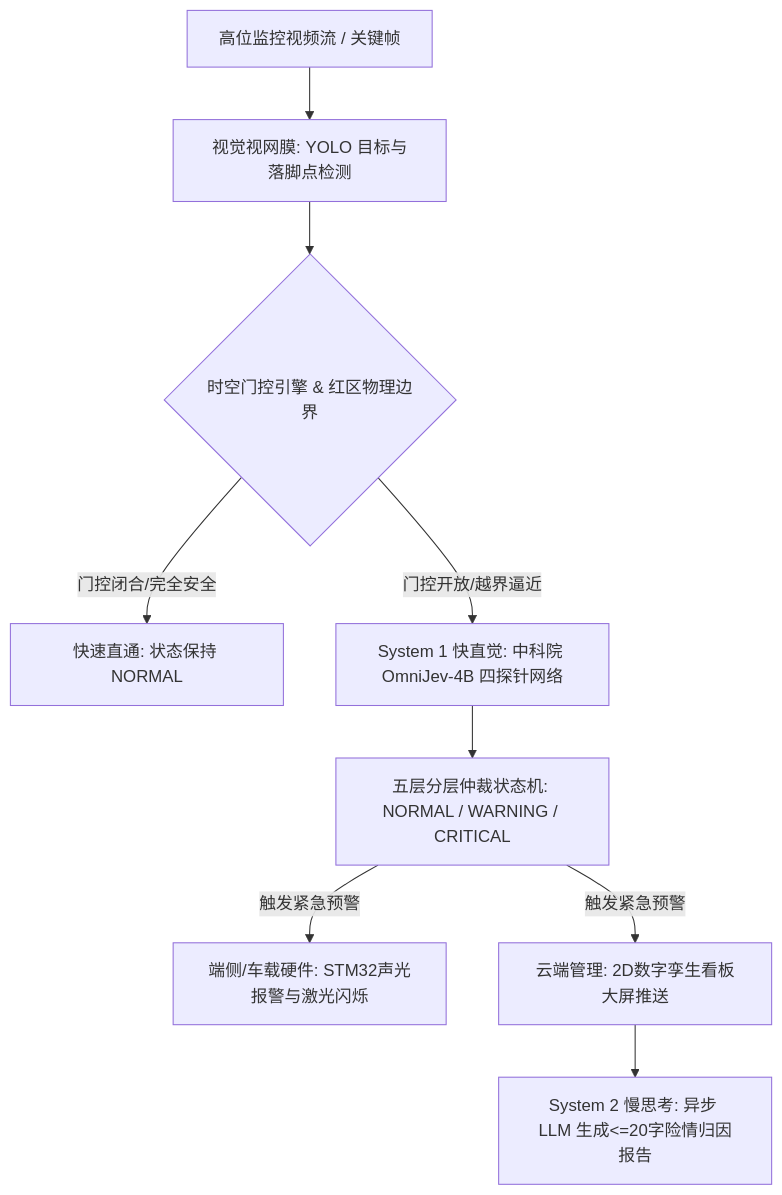
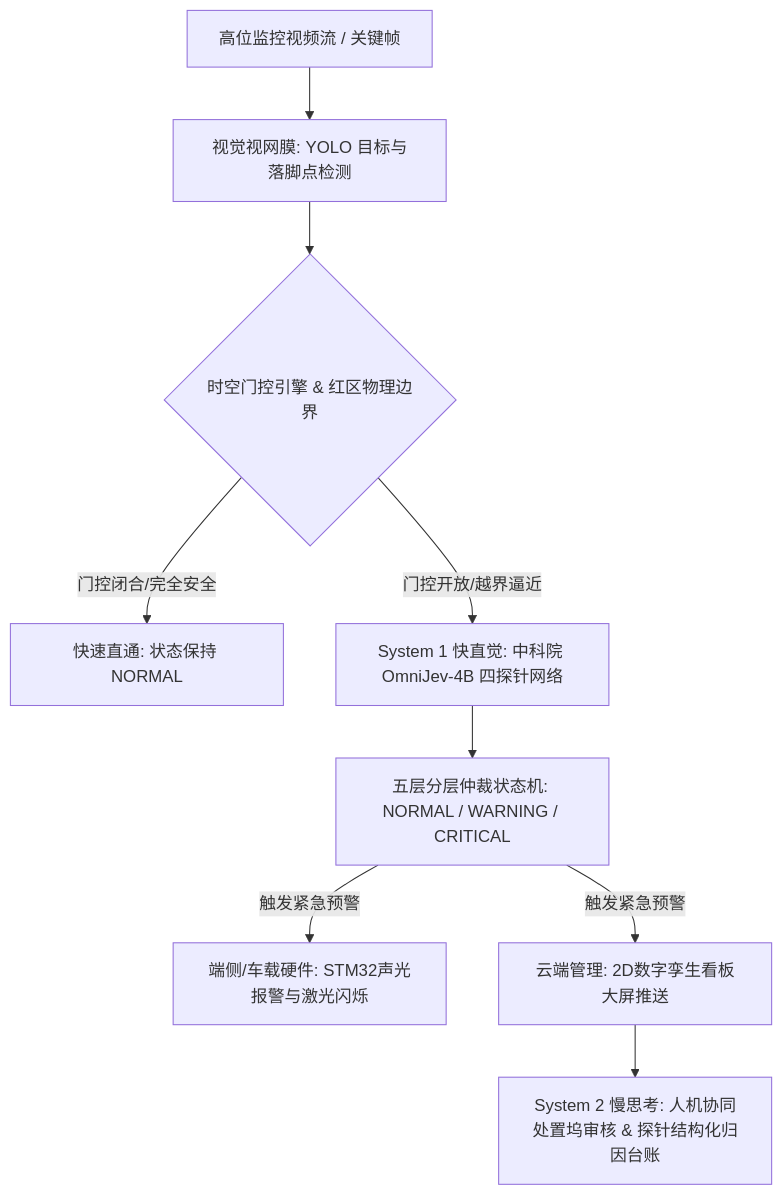
The first of 2 diagrams in docs/competition/作品介绍文档_第十四届数媒竞赛_Intelli-Shield.md (HaoxiangXia/Intelli-Shield), drawn with Mermaid before and after one commit. The commit also changed other lines of this file and 1 other file, not shown here.

````diff
--- a/docs/competition/作品介绍文档_第十四届数媒竞赛_Intelli-Shield.md
+++ b/docs/competition/作品介绍文档_第十四届数媒竞赛_Intelli-Shield.md
@@ -62,11 +62,11 @@
 ```mermaid
 graph TD
     A[高位监控视频流 / 关键帧] --> B[视觉视网膜: YOLO 目标与落脚点检测]
     B --> C{时空门控引擎 & 红区物理边界}
     C -- 门控闭合/完全安全 --> D[快速直通: 状态保持 NORMAL]
     C -- 门控开放/越界逼近 --> E[System 1 快直觉: 中科院 OmniJev-4B 四探针网络]
     E --> F[五层分层仲裁状态机: NORMAL / WARNING / CRITICAL]
     F -- 触发紧急预警 --> G1[端侧/车载硬件: STM32声光报警与激光闪烁]
     F -- 触发紧急预警 --> G2[云端管理: 2D数字孪生看板大屏推送]
-    G2 --> H[System 2 慢思考: 异步 LLM 生成<=20字险情归因报告]
+    G2 --> H[System 2 慢思考: 人机协同处置坞审核 & 探针结构化归因台账]
 ```
````
